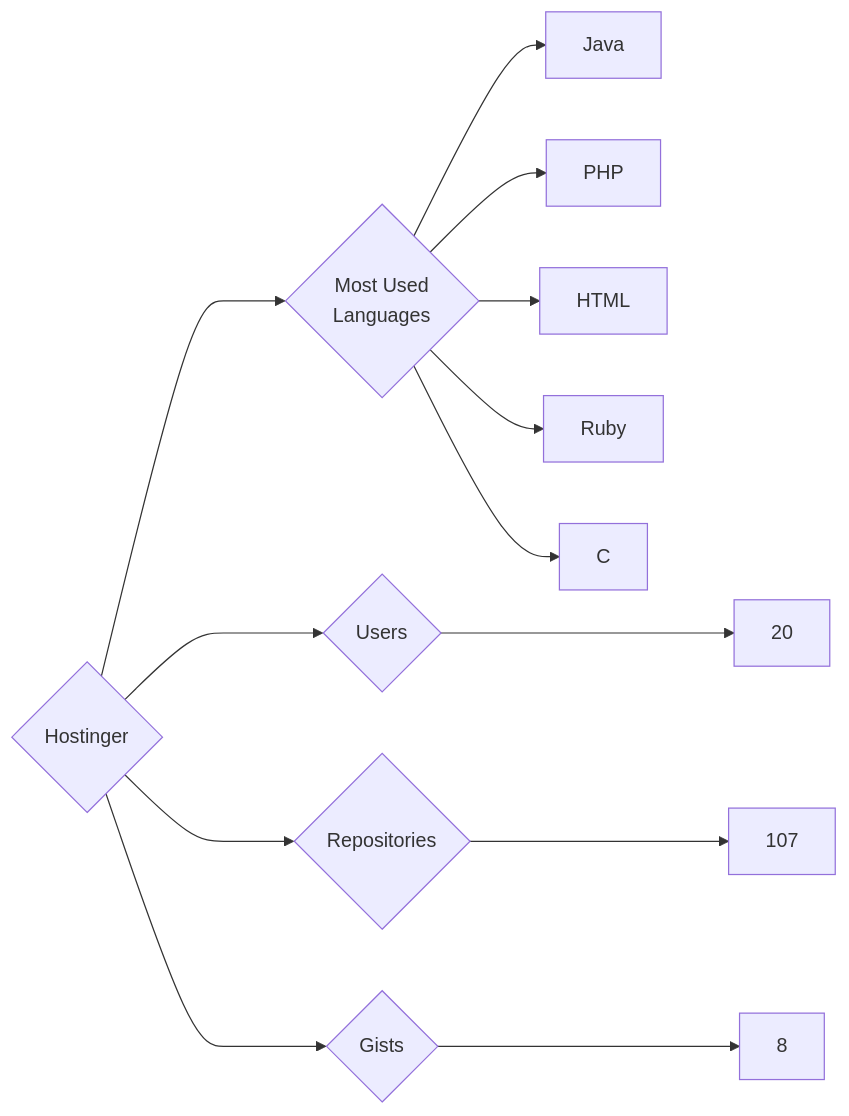
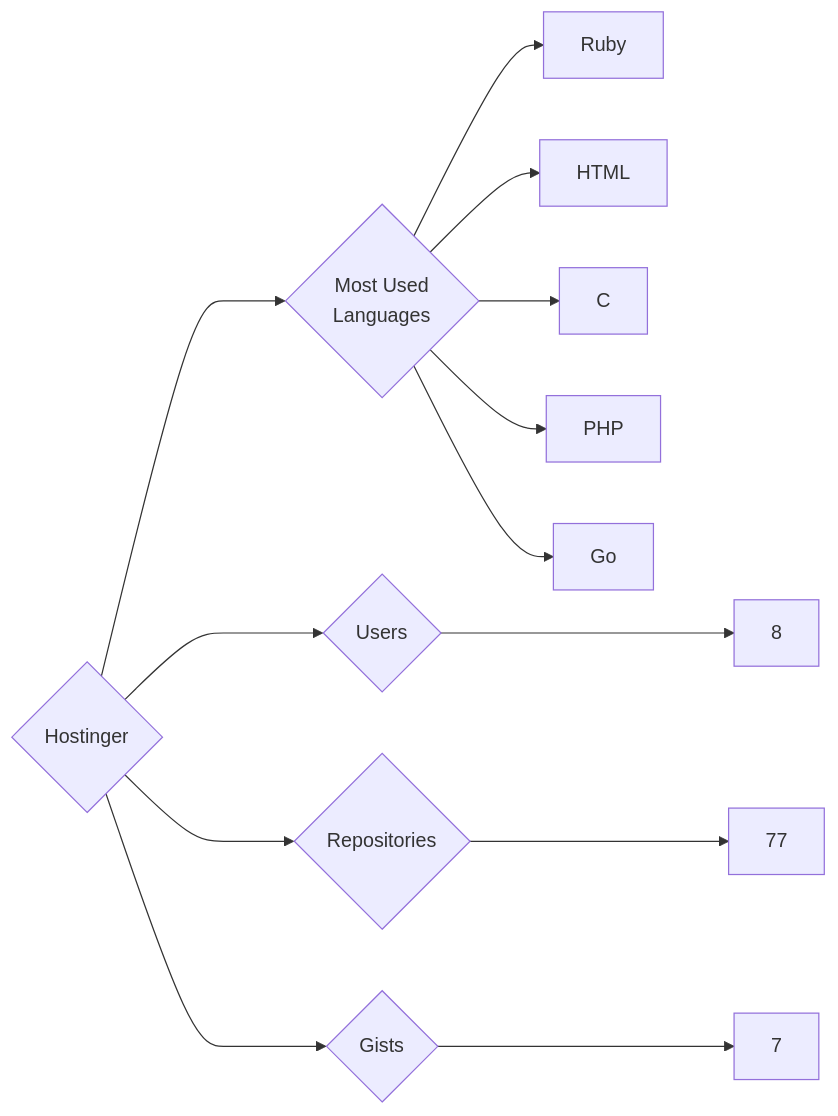
The diagram in targets/Hostinger/README.md (trickest/insiders), drawn with Mermaid before and after one commit. The commit also changed 951 other files, not shown here.

````diff
--- a/targets/Hostinger/README.md
+++ b/targets/Hostinger/README.md
@@ -3,13 +3,13 @@
 ```mermaid
 graph LR
 COMPANY_NAME{Hostinger}
-COMPANY_NAME ---> U{Users} ---> UN[20]
-COMPANY_NAME ---> R{Repositories} ---> RN[107]
-COMPANY_NAME ---> G{Gists} ---> GN[8]
+COMPANY_NAME ---> U{Users} ---> UN[8]
+COMPANY_NAME ---> R{Repositories} ---> RN[77]
+COMPANY_NAME ---> G{Gists} ---> GN[7]
 COMPANY_NAME ---> ML{Most Used<br>Languages}
-ML --> Java
-ML --> PHP
-ML --> HTML
-ML --> Ruby
-ML --> C
+ML --> Ruby[Ruby]
+ML --> HTML[HTML]
+ML --> C[C]
+ML --> PHP[PHP]
+ML --> Go[Go]
 ```
````
